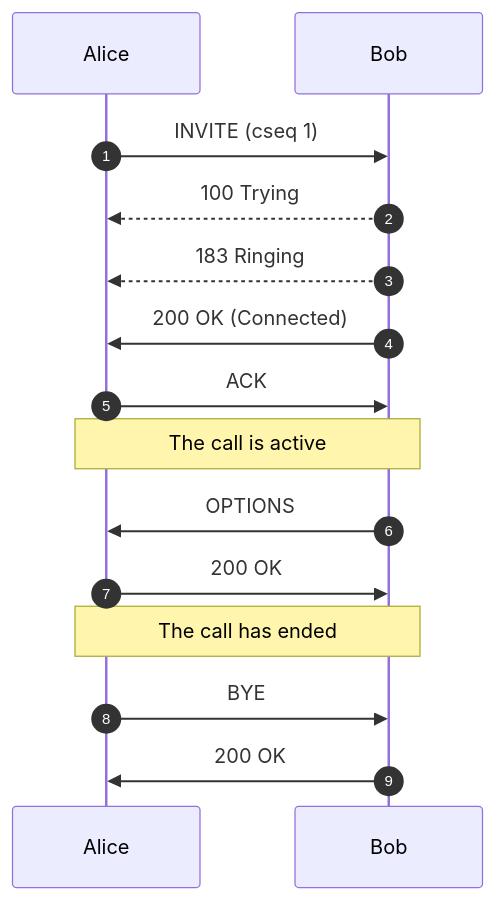
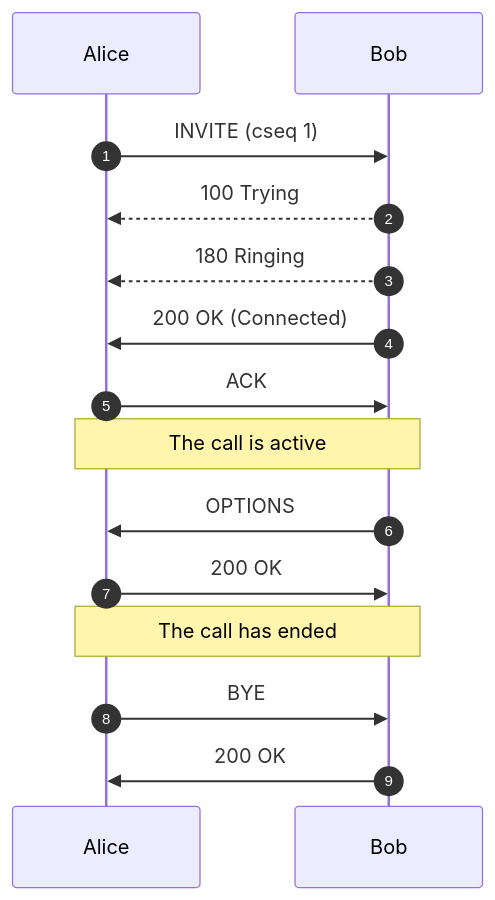
One commit to connexcs/docs changed the first of 5 diagrams in docs/customer/auth.md. Above: the diagram before and after it, drawn with Mermaid. The commit also changed other lines of this file, not shown here.

````diff
--- a/docs/customer/auth.md
+++ b/docs/customer/auth.md
@@ -190,15 +190,15 @@
 ```mermaid
     sequenceDiagram
     autonumber
     Alice->>Bob: INVITE (cseq 1)
     Bob-->>Alice: 100 Trying
-    Bob-->>Alice: 183 Ringing
+    Bob-->>Alice: 180 Ringing
     Bob->>Alice: 200 OK (Connected)
     Alice->>Bob: ACK
     Note over Alice,Bob: The call is active
     Bob->>Alice: OPTIONS
     Alice->>Bob: 200 OK
     Note over Alice,Bob: The call has ended
     Alice->>Bob: BYE
     Bob->>Alice: 200 OK
 ```
````
